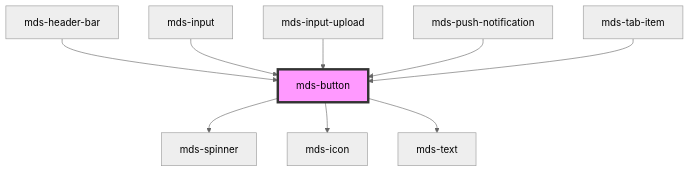
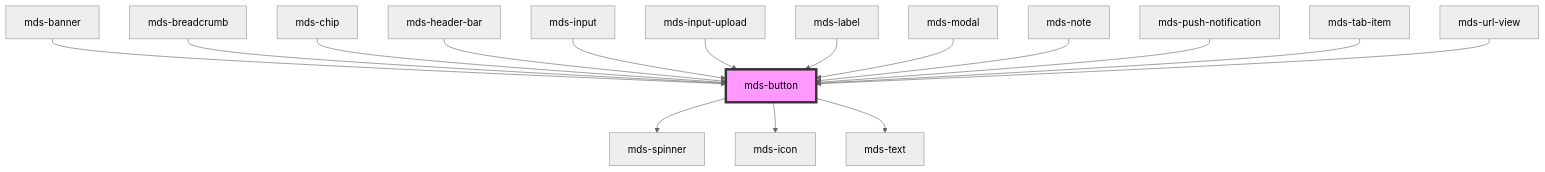
The diagram in projects/stencil/src/components/mds-button/readme.md (magma-design-system/magma), drawn with Mermaid (neutral theme) before and after one commit. The commit also changed other lines of this file and 65 other files, not shown here.

Commit message:
refact(stencil): change button icons to mds-button components

````diff
--- a/projects/stencil/src/components/mds-button/readme.md
+++ b/projects/stencil/src/components/mds-button/readme.md
@@ -73,12 +81,19 @@
 ```mermaid
 graph TD;
   mds-button --> mds-spinner
   mds-button --> mds-icon
   mds-button --> mds-text
+  mds-banner --> mds-button
+  mds-breadcrumb --> mds-button
+  mds-chip --> mds-button
   mds-header-bar --> mds-button
   mds-input --> mds-button
   mds-input-upload --> mds-button
+  mds-label --> mds-button
+  mds-modal --> mds-button
+  mds-note --> mds-button
   mds-push-notification --> mds-button
   mds-tab-item --> mds-button
+  mds-url-view --> mds-button
   style mds-button fill:#f9f,stroke:#333,stroke-width:4px
 ```
````
